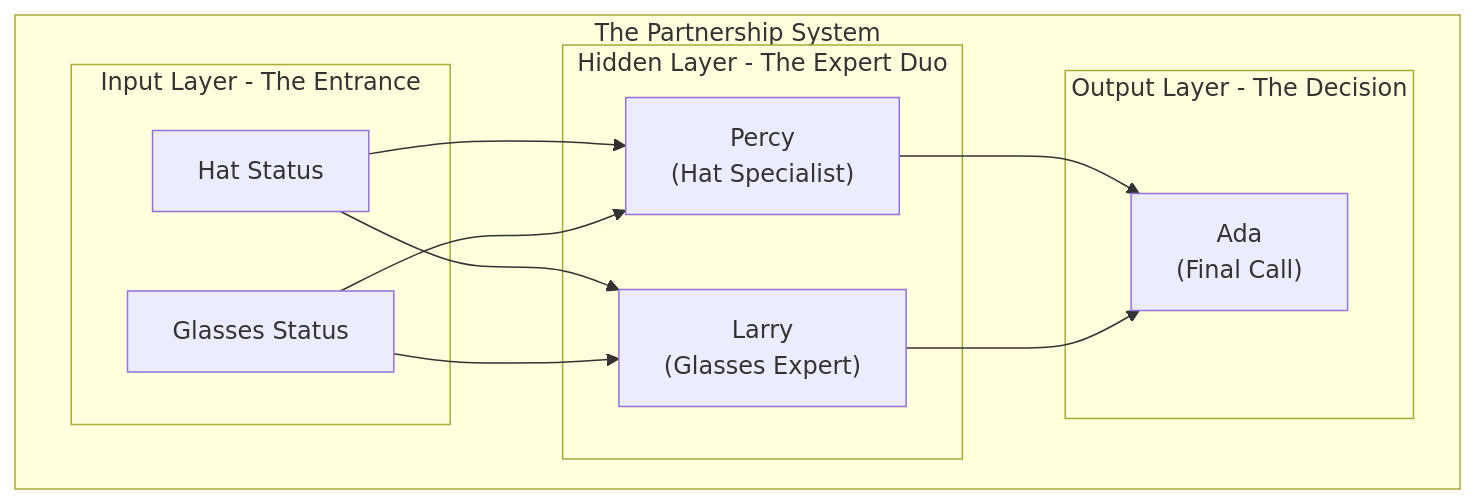
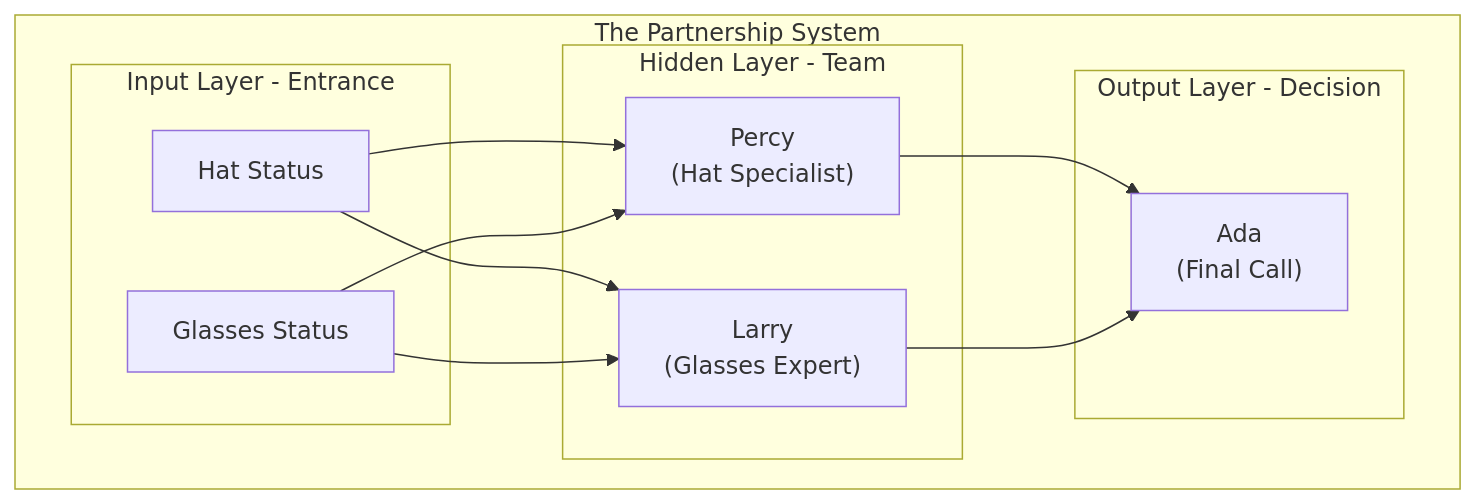
One commit to leonvanbokhorst/neural-net-backpropagation changed the second of 3 diagrams in README.md. Above: the diagram before and after it, drawn with Mermaid.

Commit message:
Refine README.md: Simplified layer names in the neural network diagram for clarity, transforming "The Entrance" into "Entrance," "The Expert Duo" into "Team," and "The Decision" into "Decision." Because who needs extra words when we can keep it sleek and stylish? 🚀✨

````diff
--- a/README.md
+++ b/README.md
@@ -70,22 +70,22 @@
 ```mermaid
 graph TD
     subgraph "The Partnership System"
-        subgraph "Input Layer - The Entrance"
+        subgraph "Input Layer - Entrance"
             I1["Hat Status"]
             I2["Glasses Status"]
         end
 
-        subgraph "Hidden Layer - The Expert Duo"
+        subgraph "Hidden Layer - Team"
             H1["Percy<br/>(Hat Specialist)"]
             H2["Larry<br/>(Glasses Expert)"]
         end
 
-        subgraph "Output Layer - The Decision"
+        subgraph "Output Layer - Decision"
             O1["Ada<br/>(Final Call)"]
         end
 
         I1 --> H1; I1 --> H2
         I2 --> H1; I2 --> H2
         H1 --> O1; H2 --> O1
     end
 ```
````
